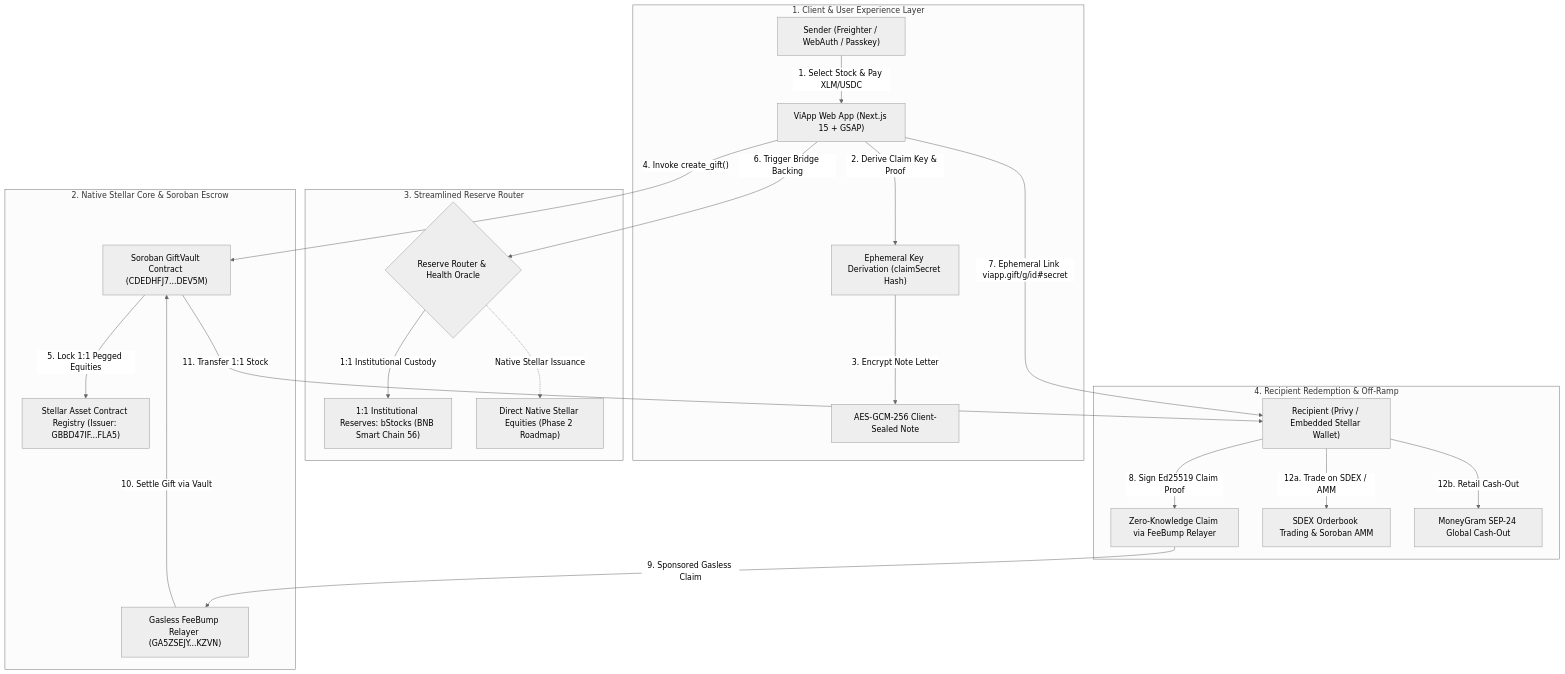
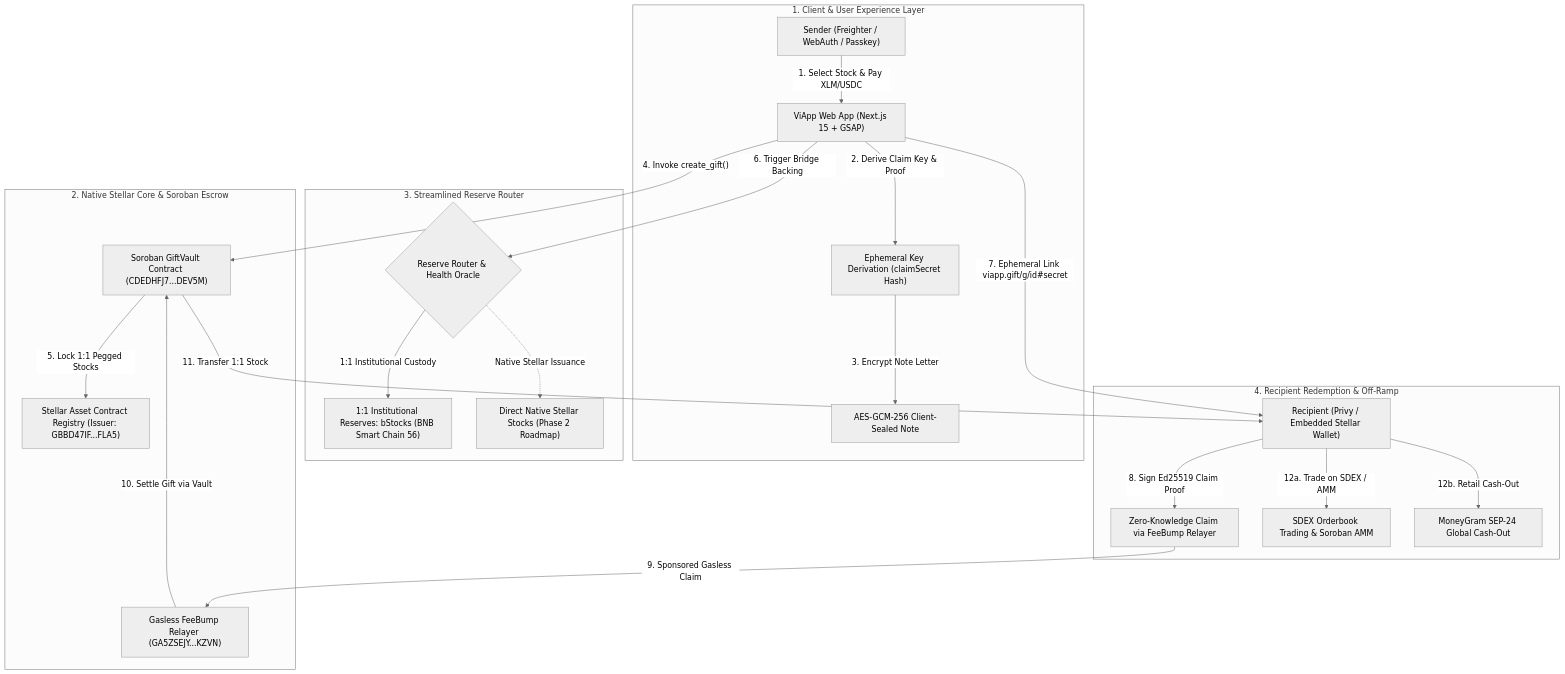
Before and after one commit to ibochivincent-lang/viapp: the first of 2 diagrams in README.md, drawn with Mermaid (neutral theme). The commit also changed other lines of this file and 23 other files, not shown here.

Commit message:
fix(ui,docs): remove equity/equities completely across UI, docs, and contracts, standardizing exclusively on stocks

````diff
--- a/README.md
+++ b/README.md
@@ -23,44 +23,44 @@
 ```mermaid
 flowchart TD
     subgraph ClientLayer["1. Client & User Experience Layer"]
         A["Sender (Freighter / WebAuth / Passkey)"]
         B["ViApp Web App (Next.js 15 + GSAP)"]
         C["Ephemeral Key Derivation (claimSecret Hash)"]
         D["AES-GCM-256 Client-Sealed Note"]
     end
 
     subgraph StellarCore["2. Native Stellar Core & Soroban Escrow"]
         E["Soroban GiftVault Contract (CDEDHFJ7...DEV5M)"]
         F["Stellar Asset Contract Registry (Issuer: GBBD47IF...FLA5)"]
         G["Gasless FeeBump Relayer (GA5ZSEJY...KZVN)"]
     end
 
     subgraph LiquidityRouter["3. Streamlined Reserve Router"]
         H{"Reserve Router & Health Oracle"}
         I["1:1 Institutional Reserves: bStocks (BNB Smart Chain 56)"]
-        K["Direct Native Stellar Equities (Phase 2 Roadmap)"]
+        K["Direct Native Stellar Stocks (Phase 2 Roadmap)"]
     end
 
     subgraph RecipientLayer["4. Recipient Redemption & Off-Ramp"]
         L["Recipient (Privy / Embedded Stellar Wallet)"]
         M["Zero-Knowledge Claim via FeeBump Relayer"]
         N["SDEX Orderbook Trading & Soroban AMM"]
         O["MoneyGram SEP-24 Global Cash-Out"]
     end
 
     A -->|"1. Select Stock & Pay XLM/USDC"| B
     B -->|"2. Derive Claim Key & Proof"| C
     C -->|"3. Encrypt Note Letter"| D
     B -->|"4. Invoke create_gift()"| E
-    E -->|"5. Lock 1:1 Pegged Equities"| F
+    E -->|"5. Lock 1:1 Pegged Stocks"| F
     B -->|"6. Trigger Bridge Backing"| H
     H -->|"1:1 Institutional Custody"| I
     H -.->|"Native Stellar Issuance"| K
     B -->|"7. Ephemeral Link viapp.gift/g/id#secret"| L
     L -->|"8. Sign Ed25519 Claim Proof"| M
     M -->|"9. Sponsored Gasless Claim"| G
     G -->|"10. Settle Gift via Vault"| E
     E -->|"11. Transfer 1:1 Stock"| L
     L -->|"12a. Trade on SDEX / AMM"| N
     L -->|"12b. Retail Cash-Out"| O
 ```
````
